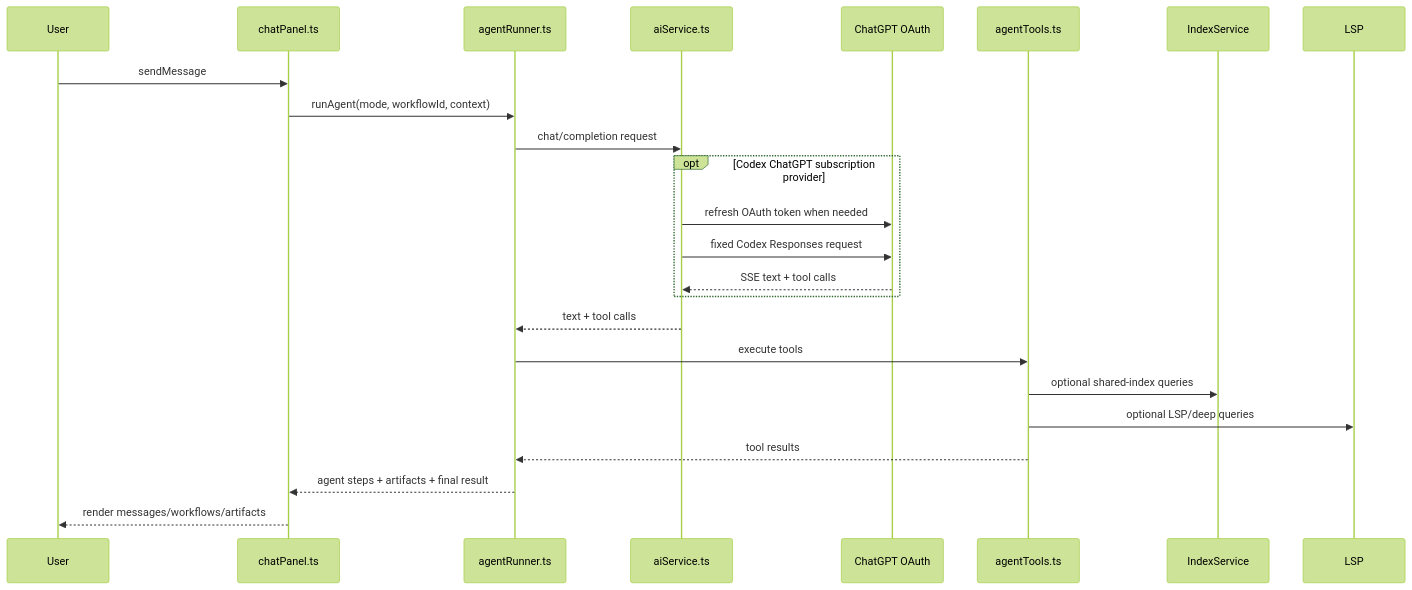
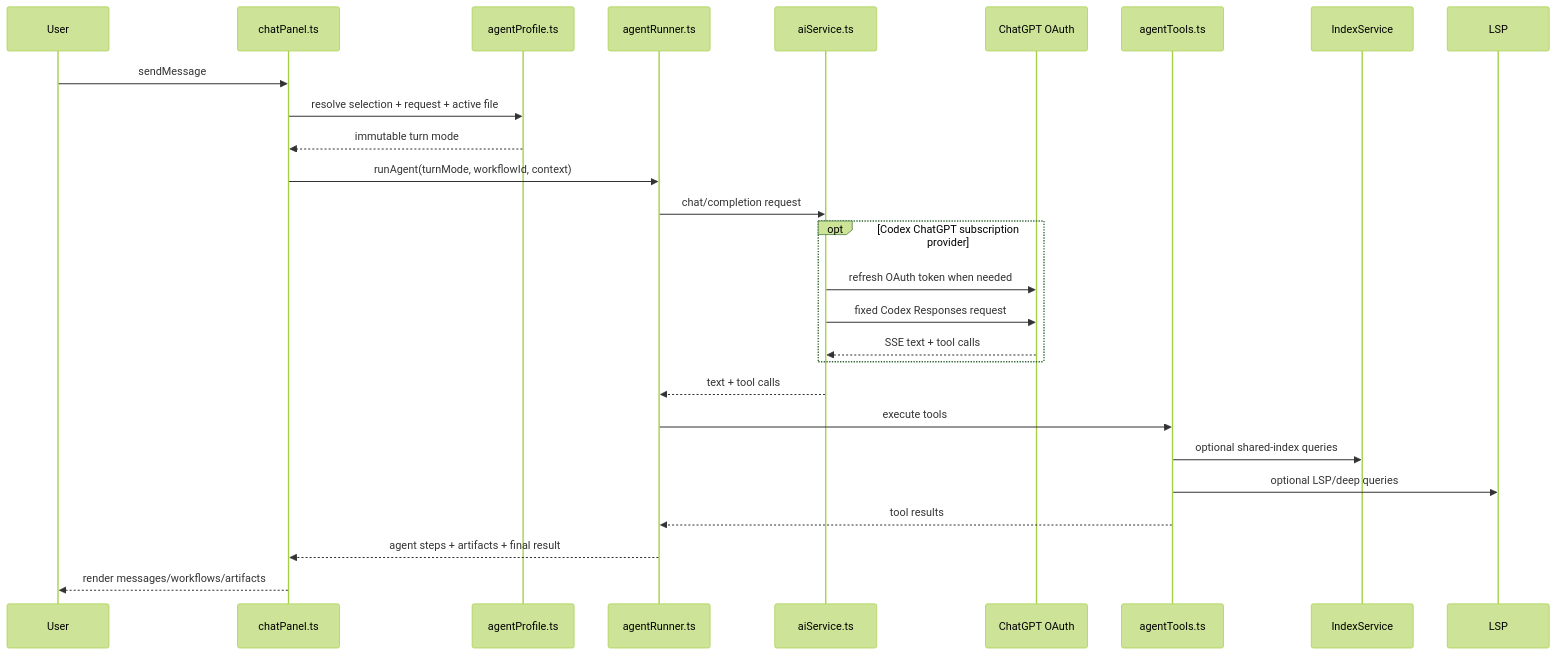
One commit to Aa728848/cwtools-vscode changed the second of 4 diagrams in ARCHITECTURE.md. Above: the diagram before and after it, drawn with Mermaid (forest theme). The commit also changed other lines of this file and 53 other files, not shown here.

Commit message:
feat: implement multi-agent orchestration system with session coordination and workflow registry

````diff
--- a/ARCHITECTURE.md
+++ b/ARCHITECTURE.md
@@ -158,27 +158,30 @@
 ```mermaid
 sequenceDiagram
     participant User as User
     participant Chat as chatPanel.ts
+    participant Profile as agentProfile.ts
     participant Runner as agentRunner.ts
     participant Service as aiService.ts
     participant OAuth as ChatGPT OAuth
     participant Tools as agentTools.ts
     participant Index as IndexService
     participant LSP as LSP
 
     User->>Chat: sendMessage
-    Chat->>Runner: runAgent(mode, workflowId, context)
+    Chat->>Profile: resolve selection + request + active file
+    Profile-->>Chat: immutable turn mode
+    Chat->>Runner: runAgent(turnMode, workflowId, context)
     Runner->>Service: chat/completion request
     opt Codex ChatGPT subscription provider
         Service->>OAuth: refresh OAuth token when needed
         Service->>OAuth: fixed Codex Responses request
         OAuth-->>Service: SSE text + tool calls
     end
     Service-->>Runner: text + tool calls
     Runner->>Tools: execute tools
     Tools->>Index: optional shared-index queries
     Tools->>LSP: optional LSP/deep queries
     Tools-->>Runner: tool results
     Runner-->>Chat: agent steps + artifacts + final result
     Chat-->>User: render messages/workflows/artifacts
 ```
````
